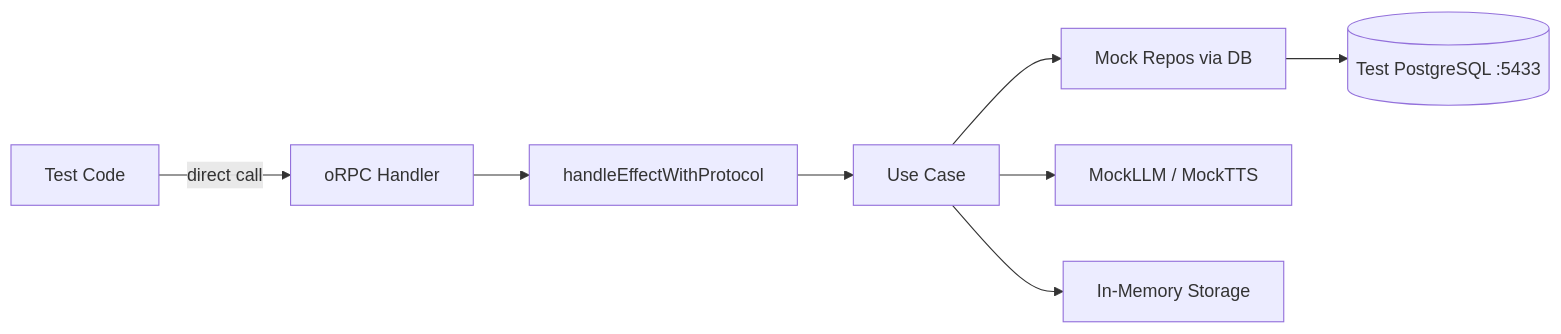
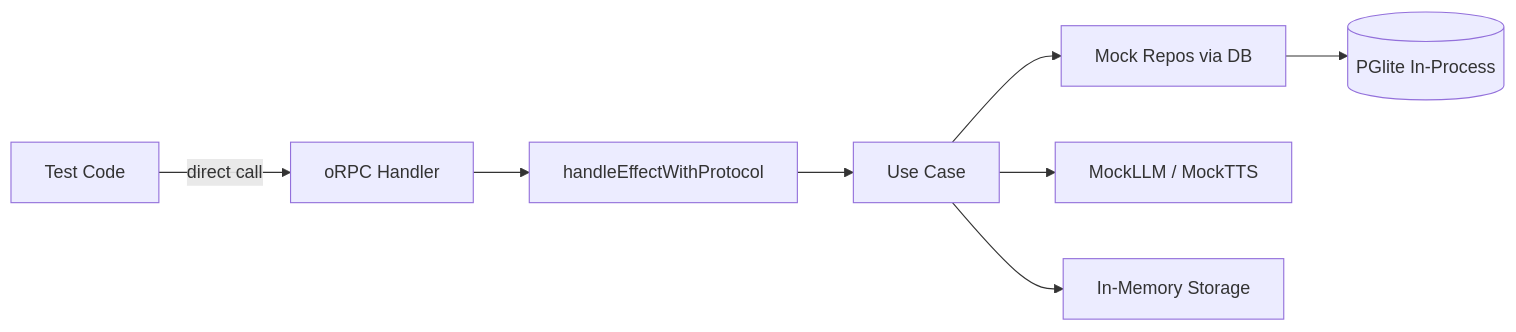
Before and after one commit to brandonbryant12/content-studio: the diagram in docs/testing/integration-tests.md, drawn with Mermaid. The commit also changed other lines of this file and 29 other files, not shown here.

First line of the commit message:
feat(testing): migrate all integration tests to PGlite, remove Docker test DB

````diff
--- a/docs/testing/integration-tests.md
+++ b/docs/testing/integration-tests.md
@@ -3,10 +3,10 @@
 ```mermaid
 graph LR
   Test[Test Code] -->|direct call| Handler[oRPC Handler]
   Handler --> EH[handleEffectWithProtocol]
   EH --> UC[Use Case]
   UC --> MockRepo[Mock Repos via DB]
   UC --> MockAI[MockLLM / MockTTS]
   UC --> MockStorage[In-Memory Storage]
-  MockRepo --> TestDB[(Test PostgreSQL :5433)]
+  MockRepo --> TestDB[(PGlite In-Process)]
 ```
````
